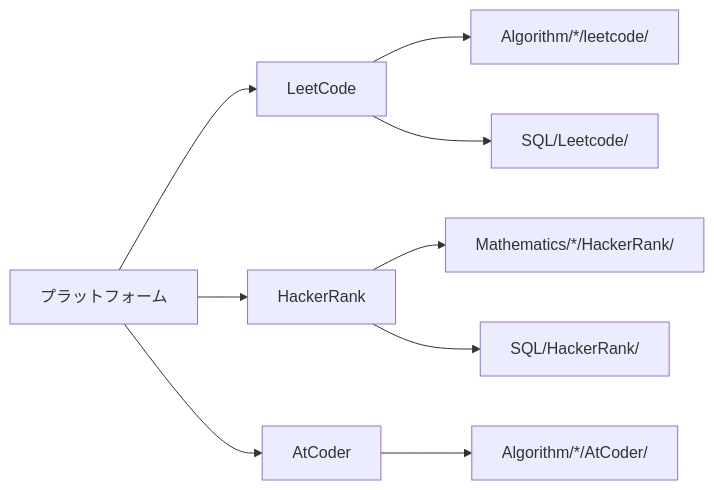
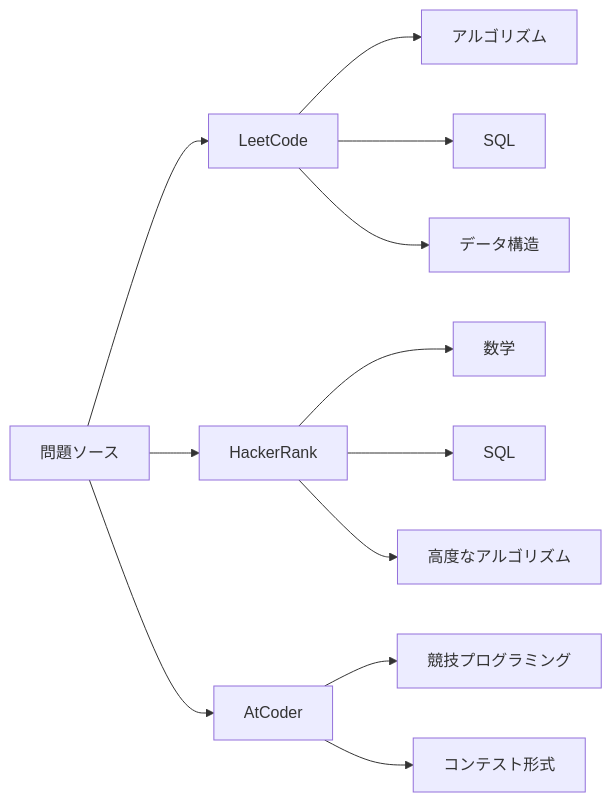
Before and after one commit to myoshi2891/Algorithm-DataStructures-Math-SQL: the fourth of 8 diagrams in README.md, drawn with Mermaid. The commit also changed other lines of this file, not shown here.

````diff
--- a/README.md
+++ b/README.md
@@ -143,20 +135,17 @@
 ```mermaid
 graph LR
-    Platforms[プラットフォーム]
-
-    LC[LeetCode]
-    HR[HackerRank]
-    AC[AtCoder]
-
-    Platforms --> LC
-    Platforms --> HR
-    Platforms --> AC
-
-    LC --> LCAlgo[Algorithm/*/leetcode/]
-    LC --> LCSQL[SQL/Leetcode/]
-
-    HR --> HRMath[Mathematics/*/HackerRank/]
-    HR --> HRSQL[SQL/HackerRank/]
-
-    AC --> ACAlgo[Algorithm/*/AtCoder/]
+    A[問題ソース] --> B[LeetCode]
+    A --> C[HackerRank]
+    A --> D[AtCoder]
+    
+    B --> B1[アルゴリズム]
+    B --> B2[SQL]
+    B --> B3[データ構造]
+    
+    C --> C1[数学]
+    C --> C2[SQL]
+    C --> C3[高度なアルゴリズム]
+    
+    D --> D1[競技プログラミング]
+    D --> D2[コンテスト形式]
 ```
````
